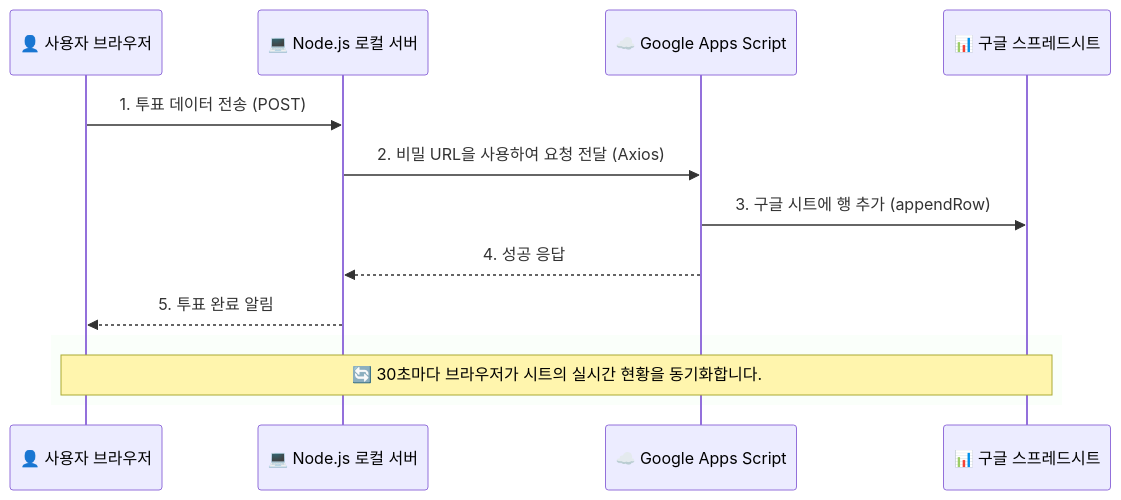
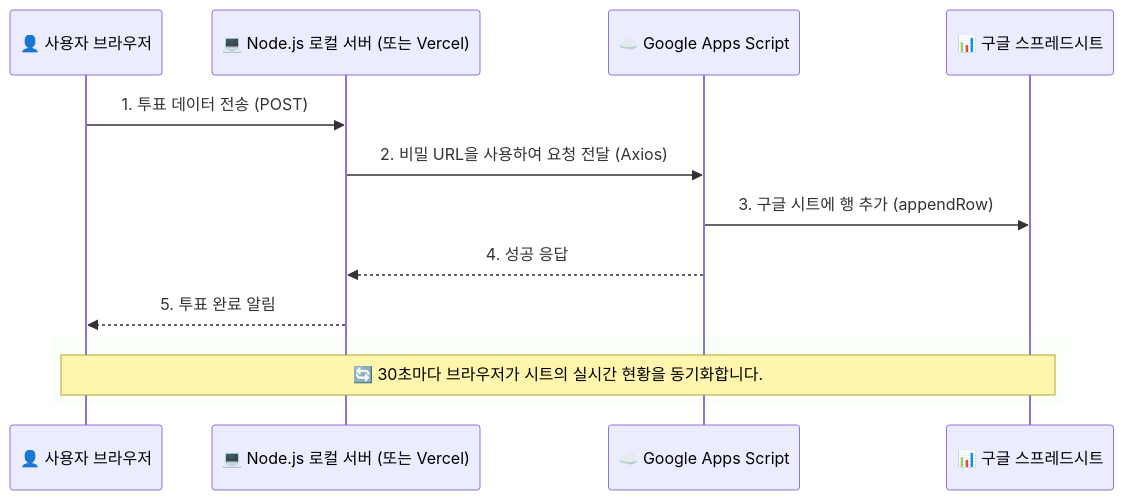
One commit to Joonmo-Ahn/Antigravity changed the diagram in README.md. Above: the diagram before and after it, drawn with Mermaid. The commit also changed other lines of this file and 5 other files, not shown here.

````diff
--- a/README.md
+++ b/README.md
@@ -40,17 +49,17 @@
 ```mermaid
 sequenceDiagram
     participant PC as 👤 사용자 브라우저
-    participant Server as 💻 Node.js 로컬 서버
+    participant Server as 💻 Node.js 로컬 서버 (또는 Vercel)
     participant GAS as ☁️ Google Apps Script
     participant Sheet as 📊 구글 스프레드시트
 
     PC->>Server: 1. 투표 데이터 전송 (POST)
     Server->>GAS: 2. 비밀 URL을 사용하여 요청 전달 (Axios)
     GAS->>Sheet: 3. 구글 시트에 행 추가 (appendRow)
     GAS-->>Server: 4. 성공 응답
     Server-->>PC: 5. 투표 완료 알림
     
     rect rgb(200, 255, 200, 0.1)
     Note over PC, Sheet: 🔄 30초마다 브라우저가 시트의 실시간 현황을 동기화합니다.
     end
 ```
````
